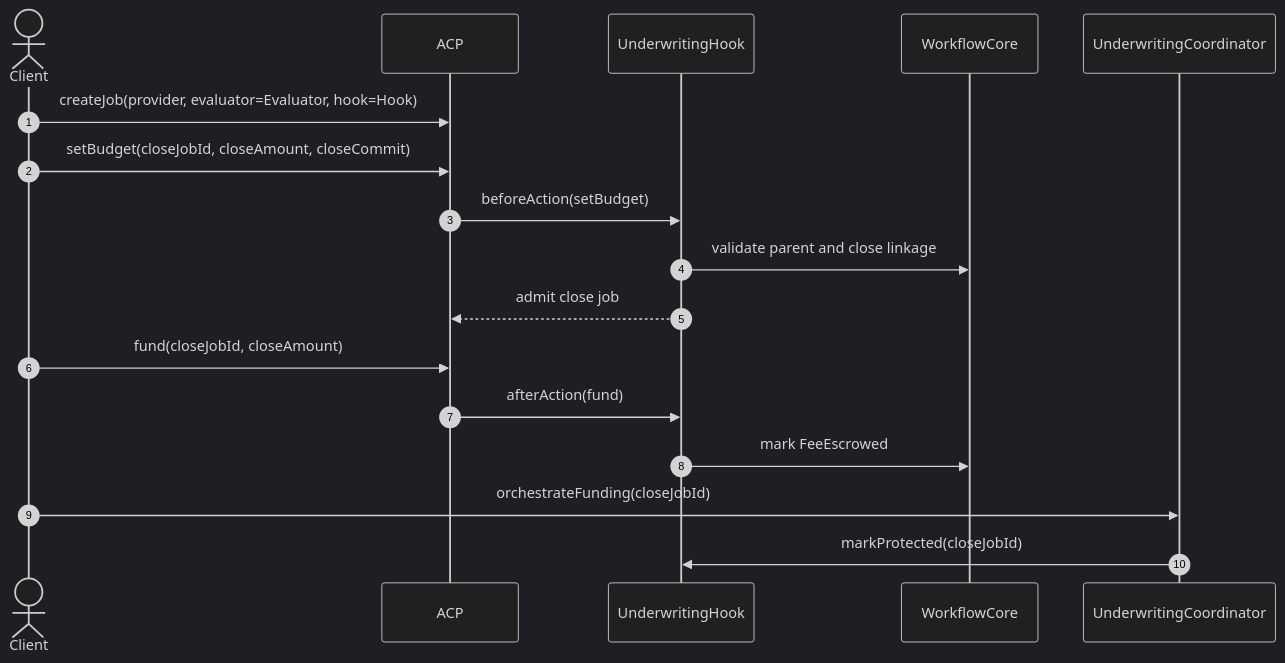
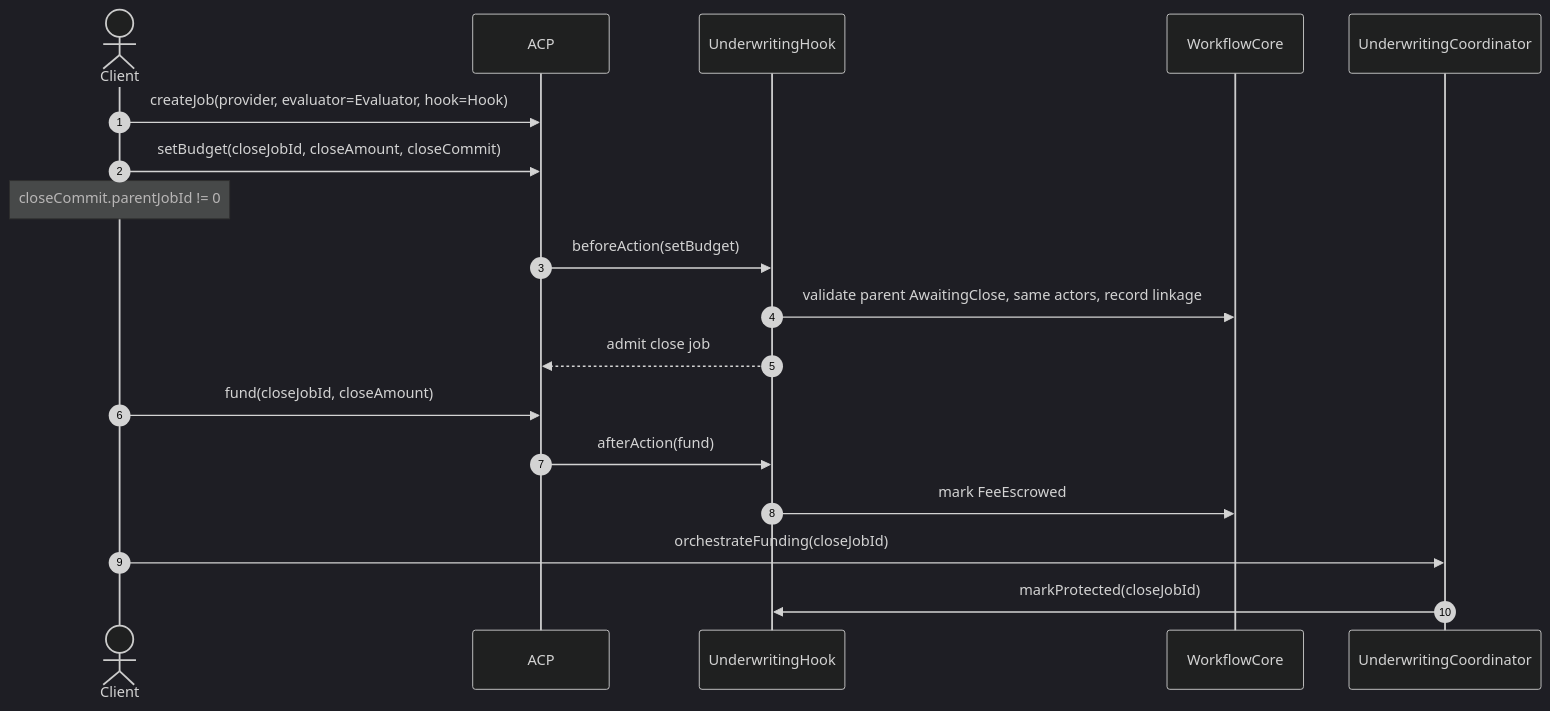
Before and after one commit to tsubasakong/hook-contracts: the fifth of 6 diagrams in docs/underwriting-hook-example-sequence.md, drawn with Mermaid (dark theme). The commit also changed other lines of this file and 1 other file, not shown here.

First line of the commit message:
docs: clarify how setBudget commit payload discriminates job types

````diff
--- a/docs/underwriting-hook-example-sequence.md
+++ b/docs/underwriting-hook-example-sequence.md
@@ -119,20 +156,21 @@
 ```mermaid
 sequenceDiagram
     autonumber
     actor Client
     participant ACP as ACP
     participant Hook as UnderwritingHook
     participant Flow as WorkflowCore
     participant Coord as UnderwritingCoordinator
 
     Client->>ACP: createJob(provider, evaluator=Evaluator, hook=Hook)
     Client->>ACP: setBudget(closeJobId, closeAmount, closeCommit)
+    Note over Client: closeCommit.parentJobId != 0
     ACP->>Hook: beforeAction(setBudget)
-    Hook->>Flow: validate parent and close linkage
+    Hook->>Flow: validate parent AwaitingClose, same actors, record linkage
     Hook-->>ACP: admit close job
     Client->>ACP: fund(closeJobId, closeAmount)
     ACP->>Hook: afterAction(fund)
     Hook->>Flow: mark FeeEscrowed
     Client->>Coord: orchestrateFunding(closeJobId)
     Coord->>Hook: markProtected(closeJobId)
 ```
````
